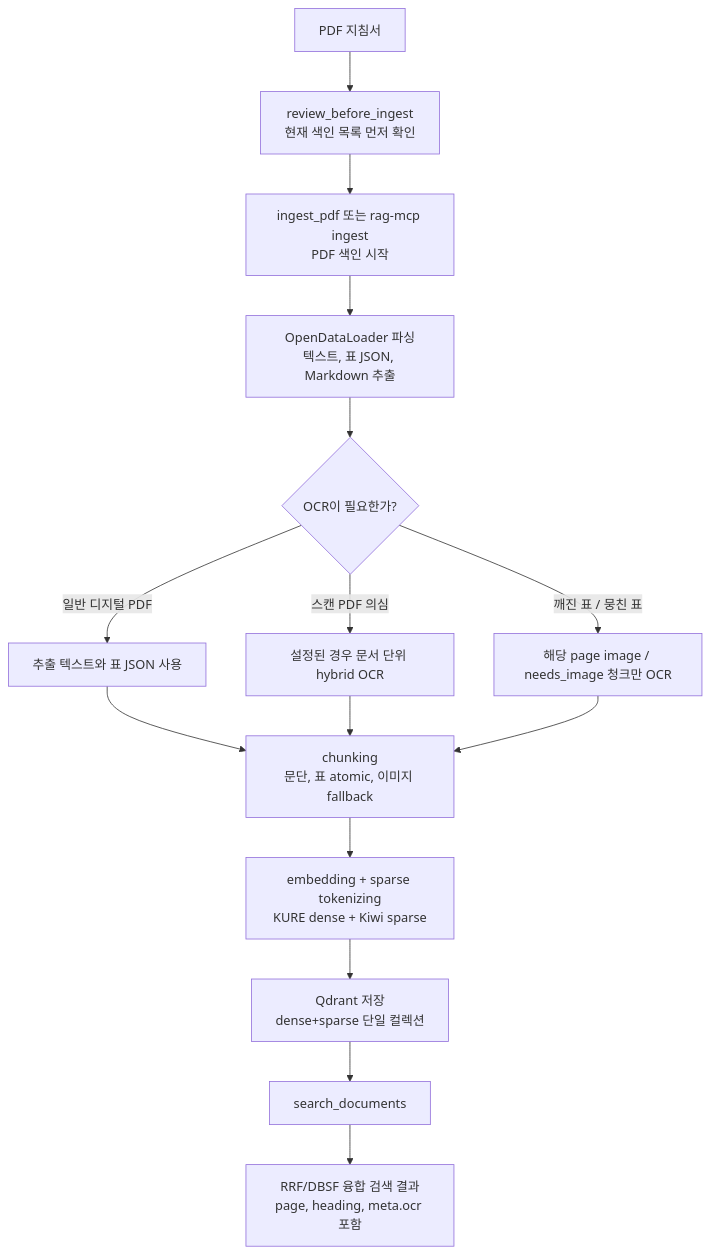
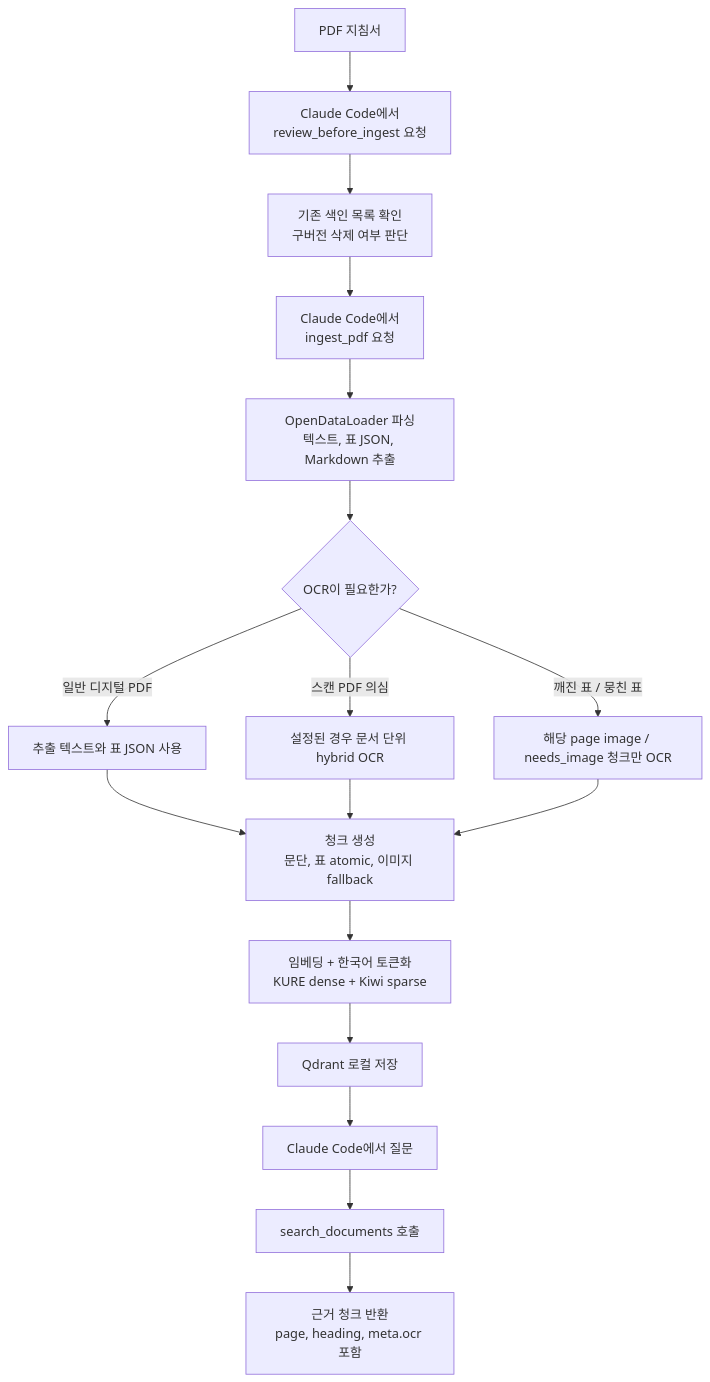
One commit to jang-hoil/rag-mcp changed the diagram in README.md. Above: the diagram before and after it, drawn with Mermaid. The commit also changed other lines of this file, not shown here.

Commit message:
docs: README를 Claude Code 사용 중심으로 개선

````diff
--- a/README.md
+++ b/README.md
@@ -9,17 +11,19 @@
 ```mermaid
 flowchart TD
-    A["PDF 지침서"] --> B["review_before_ingest<br/>현재 색인 목록 먼저 확인"]
-    B --> C["ingest_pdf 또는 rag-mcp ingest<br/>PDF 색인 시작"]
-    C --> D["OpenDataLoader 파싱<br/>텍스트, 표 JSON, Markdown 추출"]
-    D --> E{"OCR이 필요한가?"}
-    E -->|"일반 디지털 PDF"| F["추출 텍스트와 표 JSON 사용"]
-    E -->|"스캔 PDF 의심"| G["설정된 경우 문서 단위 hybrid OCR"]
-    E -->|"깨진 표 / 뭉친 표"| H["해당 page image / needs_image 청크만 OCR"]
-    F --> I["chunking<br/>문단, 표 atomic, 이미지 fallback"]
-    G --> I
-    H --> I
-    I --> J["embedding + sparse tokenizing<br/>KURE dense + Kiwi sparse"]
-    J --> K["Qdrant 저장<br/>dense+sparse 단일 컬렉션"]
-    K --> L["search_documents"]
-    L --> M["RRF/DBSF 융합 검색 결과<br/>page, heading, meta.ocr 포함"]
+    A["PDF 지침서"] --> B["Claude Code에서<br/>review_before_ingest 요청"]
+    B --> C["기존 색인 목록 확인<br/>구버전 삭제 여부 판단"]
+    C --> D["Claude Code에서<br/>ingest_pdf 요청"]
+    D --> E["OpenDataLoader 파싱<br/>텍스트, 표 JSON, Markdown 추출"]
+    E --> F{"OCR이 필요한가?"}
+    F -->|"일반 디지털 PDF"| G["추출 텍스트와 표 JSON 사용"]
+    F -->|"스캔 PDF 의심"| H["설정된 경우 문서 단위 hybrid OCR"]
+    F -->|"깨진 표 / 뭉친 표"| I["해당 page image / needs_image 청크만 OCR"]
+    G --> J["청크 생성<br/>문단, 표 atomic, 이미지 fallback"]
+    H --> J
+    I --> J
+    J --> K["임베딩 + 한국어 토큰화<br/>KURE dense + Kiwi sparse"]
+    K --> L["Qdrant 로컬 저장"]
+    L --> M["Claude Code에서 질문"]
+    M --> N["search_documents 호출"]
+    N --> O["근거 청크 반환<br/>page, heading, meta.ocr 포함"]
 ```
````
